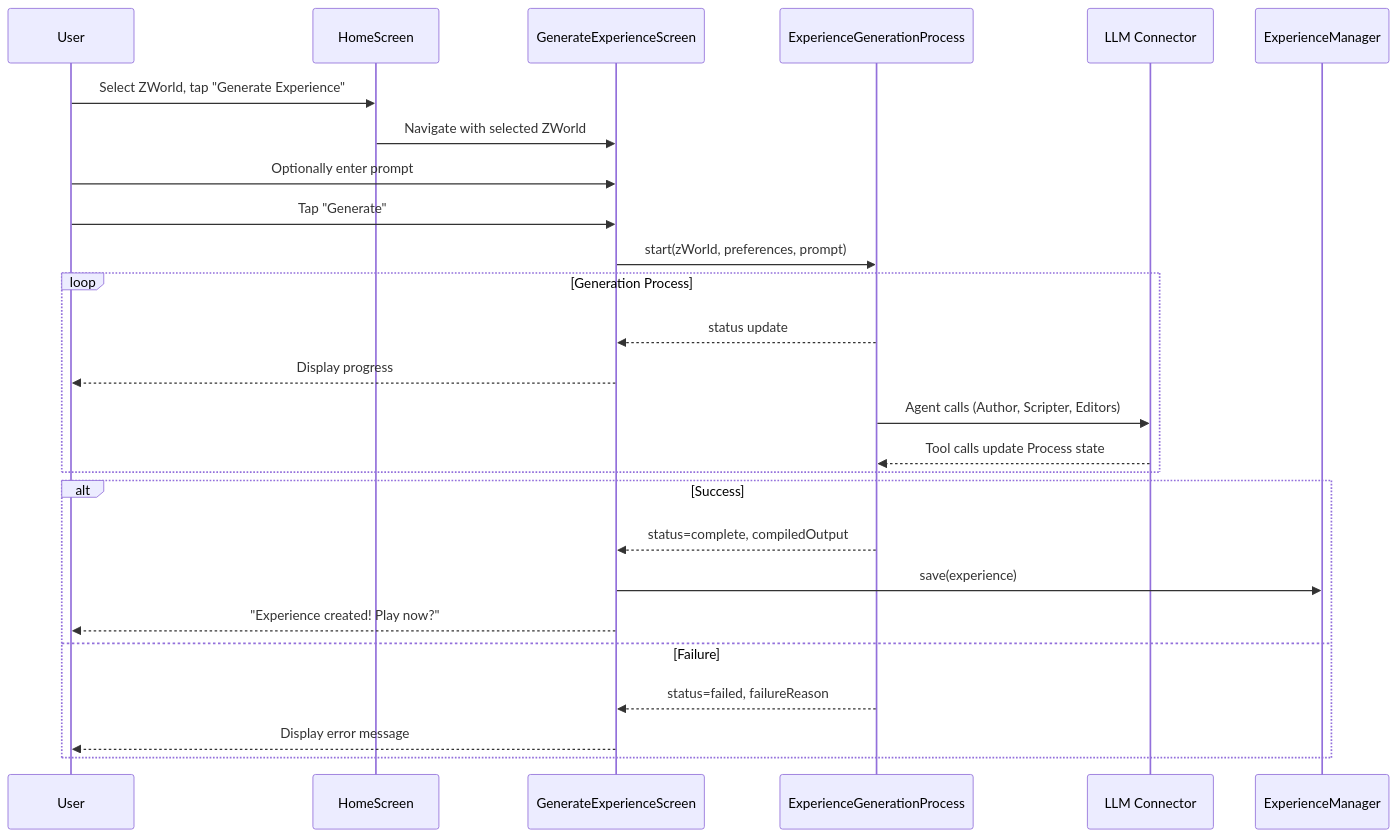
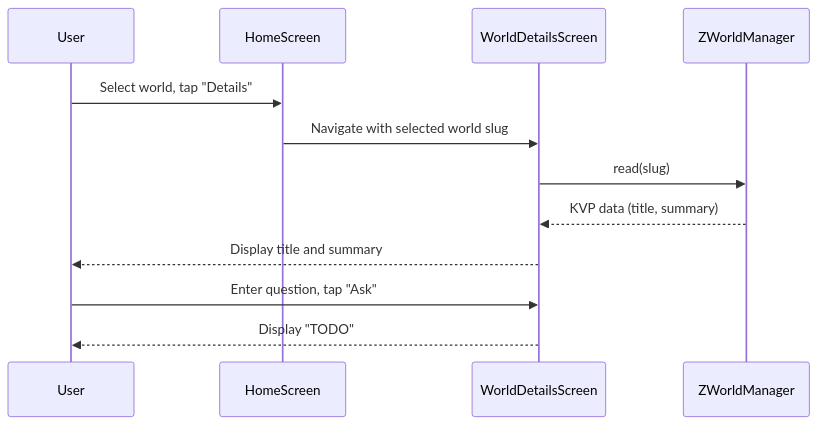
The second of 2 diagrams in docs/User Experience.md (peterbaileyct/zforge), drawn with Mermaid before and after one commit. The commit also changed other lines of this file and 234 other files, not shown here.

Commit message:
Switched to python/flet. Moved LLM orchestration from custom to LangGraph. Implemented hybrid vector/graph RAG with LanceDb and Kuzu.

````diff
--- a/docs/User Experience.md
+++ b/docs/User Experience.md
@@ -250,31 +168,16 @@
 ```mermaid
 sequenceDiagram
     participant U as User
     participant H as HomeScreen
-    participant G as GenerateExperienceScreen
-    participant P as ExperienceGenerationProcess
-    participant LLM as LLM Connector
-    participant EM as ExperienceManager
+    participant WD as WorldDetailsScreen
+    participant WM as ZWorldManager
 
-    U->>H: Select ZWorld, tap "Generate Experience"
-    H->>G: Navigate with selected ZWorld
-    U->>G: Optionally enter prompt
-    U->>G: Tap "Generate"
-    G->>P: start(zWorld, preferences, prompt)
-    
-    loop Generation Process
-        P-->>G: status update
-        G-->>U: Display progress
-        P->>LLM: Agent calls (Author, Scripter, Editors)
-        LLM-->>P: Tool calls update Process state
-    end
-    
-    alt Success
-        P-->>G: status=complete, compiledOutput
-        G->>EM: save(experience)
-        G-->>U: "Experience created! Play now?"
-    else Failure
-        P-->>G: status=failed, failureReason
-        G-->>U: Display error message
-    end
+    U->>H: Select world, tap "Details"
+    H->>WD: Navigate with selected world slug
+    WD->>WM: read(slug)
+    WM-->>WD: KVP data (title, summary)
+    WD-->>U: Display title and summary
+
+    U->>WD: Enter question, tap "Ask"
+    WD-->>U: Display "TODO"
 ```
````
